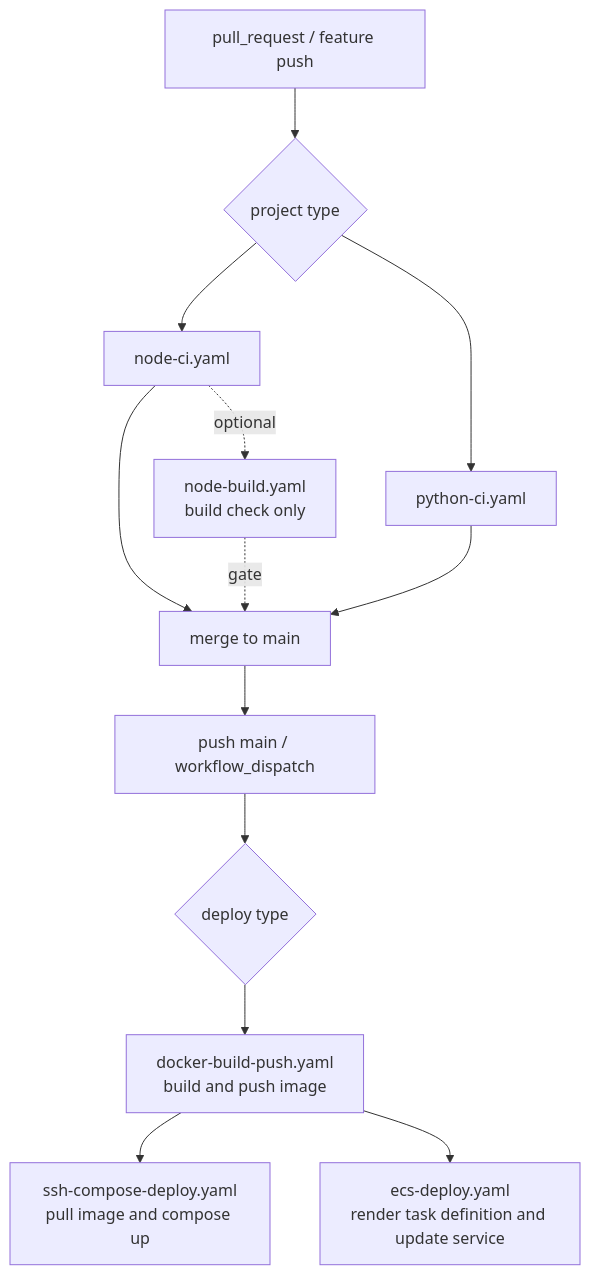
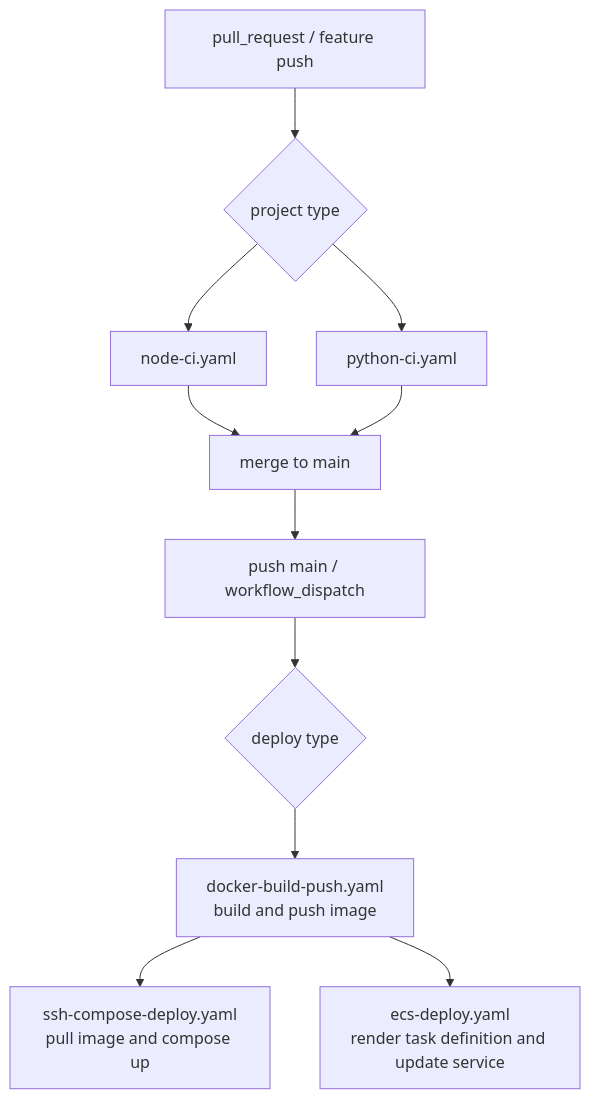
The first of 2 diagrams in README.md (wibaek/github-automation), drawn with Mermaid before and after one commit. The commit also changed other lines of this file and 9 other files, not shown here.

````diff
--- a/README.md
+++ b/README.md
@@ -36,18 +34,15 @@
 ```mermaid
 flowchart TD
   pr["pull_request / feature push"] --> ci_choice{"project type"}
   ci_choice --> node_ci["node-ci.yaml"]
   ci_choice --> python_ci["python-ci.yaml"]
   node_ci --> merge["merge to main"]
   python_ci --> merge
 
-  node_ci -. optional .-> node_build["node-build.yaml<br/>build check only"]
-  node_build -. gate .-> merge
-
   merge --> deploy_trigger["push main / workflow_dispatch"]
   deploy_trigger --> deploy_choice{"deploy type"}
 
   deploy_choice --> docker_build["docker-build-push.yaml<br/>build and push image"]
   docker_build --> ssh_deploy["ssh-compose-deploy.yaml<br/>pull image and compose up"]
   docker_build --> ecs_deploy["ecs-deploy.yaml<br/>render task definition and update service"]
 ```
````
